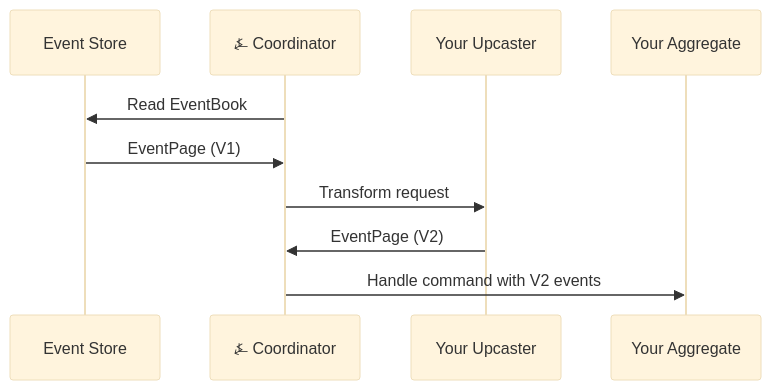
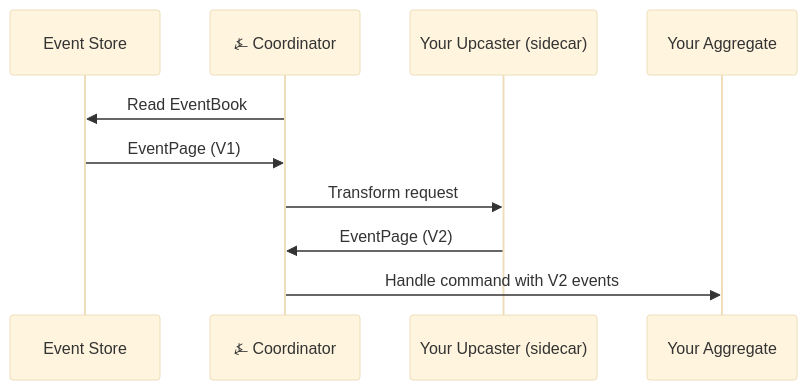
One commit to angzarr-io/angzarr-project changed the diagram in site/src/content/docs/components/index.mdx. Above: the diagram before and after it, drawn with Mermaid (base theme). The commit also changed other lines of this file and 23 other files, not shown here.

````diff
--- a/site/src/content/docs/components/index.mdx
+++ b/site/src/content/docs/components/index.mdx
@@ -87,13 +87,13 @@
 ```mermaid
 sequenceDiagram
     participant ES as Event Store
     participant C as ⍼ Coordinator
-    participant U as Your Upcaster
+    participant U as Your Upcaster (sidecar)
     participant A as Your Aggregate
 
     C->>ES: Read EventBook
     ES->>C: EventPage (V1)
     C->>U: Transform request
     U->>C: EventPage (V2)
     C->>A: Handle command with V2 events
 ```
````
